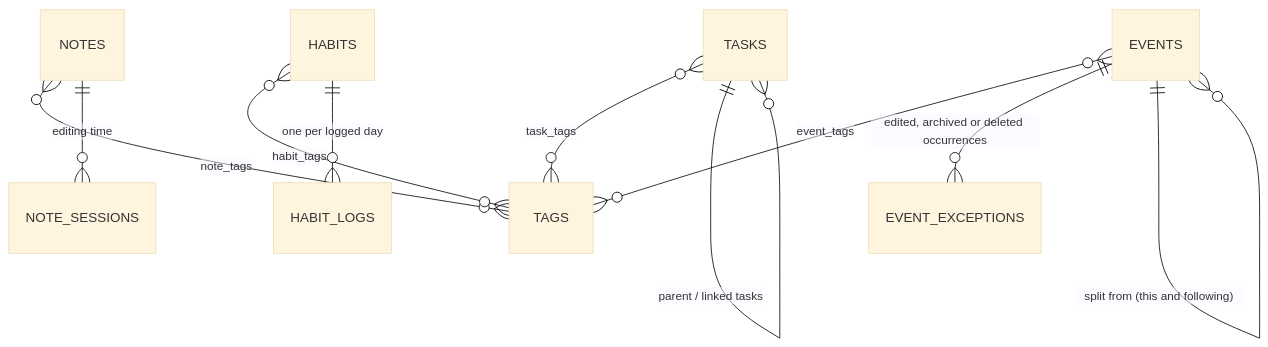
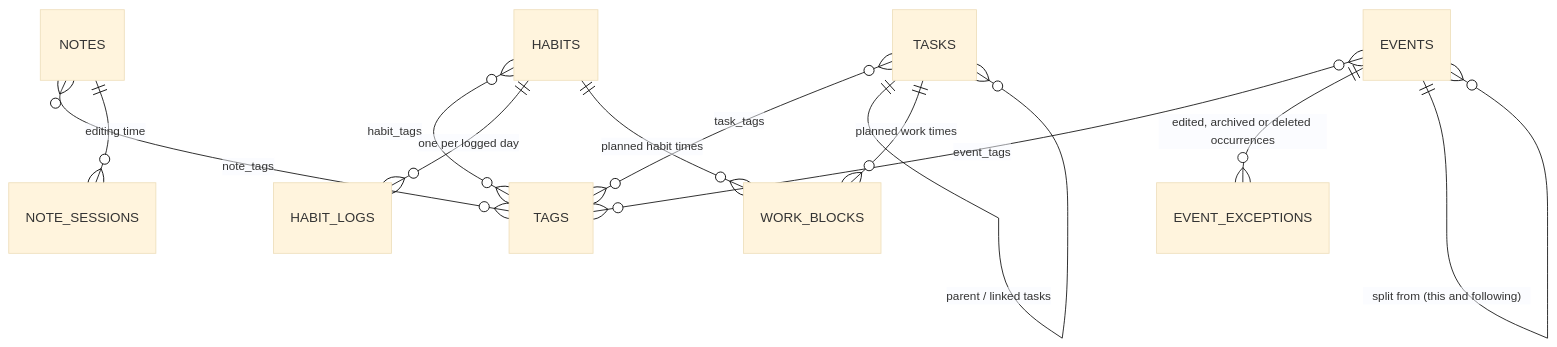
The diagram in README.md (LuisFVillalon/kanso-backend), drawn with Mermaid (base theme) before and after one commit. The commit also changed other lines of this file and 20 other files, not shown here.

First line of the commit message:
feat: add work blocks for planned task and habit times, and habits' usual time (#41)

````diff
--- a/README.md
+++ b/README.md
@@ -26,12 +26,14 @@
 ```mermaid
 erDiagram
     TASKS }o--o{ TAGS : task_tags
     NOTES }o--o{ TAGS : note_tags
     HABITS }o--o{ TAGS : habit_tags
     HABITS ||--o{ HABIT_LOGS : "one per logged day"
     NOTES ||--o{ NOTE_SESSIONS : "editing time"
     TASKS ||--o{ TASKS : "parent / linked tasks"
     EVENTS }o--o{ TAGS : event_tags
     EVENTS ||--o{ EVENT_EXCEPTIONS : "edited, archived or deleted occurrences"
     EVENTS ||--o{ EVENTS : "split from (this and following)"
+    TASKS ||--o{ WORK_BLOCKS : "planned work times"
+    HABITS ||--o{ WORK_BLOCKS : "planned habit times"
 ```
````
